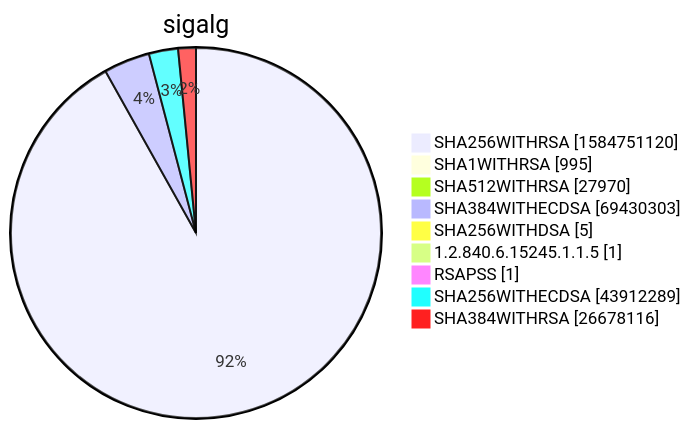
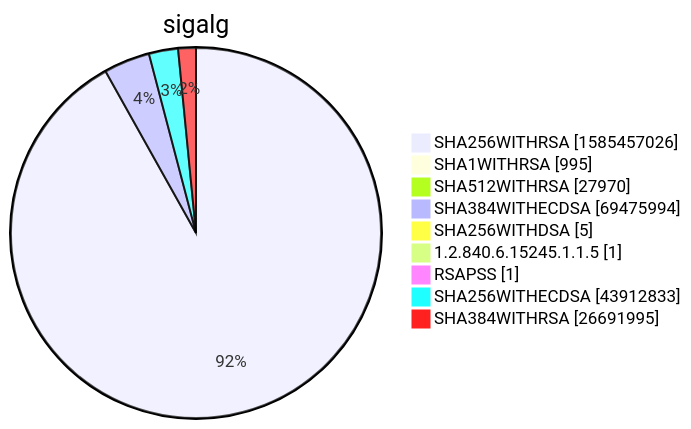
One commit to christiankrug/ctmonitor_visualization changed diagram 15 of 15 in xenon2022/README.md. Above: the diagram before and after it, drawn with Mermaid. The commit also changed other lines of this file, not shown here.

````diff
--- a/xenon2022/README.md
+++ b/xenon2022/README.md
@@ -5868,13 +5868,13 @@
 ```mermaid
 pie showData
 title sigalg
-"SHA256WITHRSA" :1584751120
+"SHA256WITHRSA" :1585457026
 "SHA1WITHRSA" :995
 "SHA512WITHRSA" :27970
-"SHA384WITHECDSA" :69430303
+"SHA384WITHECDSA" :69475994
 "SHA256WITHDSA" :5
 "1.2.840.6.15245.1.1.5" :1
 "RSAPSS" :1
-"SHA256WITHECDSA" :43912289
-"SHA384WITHRSA" :26678116
+"SHA256WITHECDSA" :43912833
+"SHA384WITHRSA" :26691995
 ```
````
